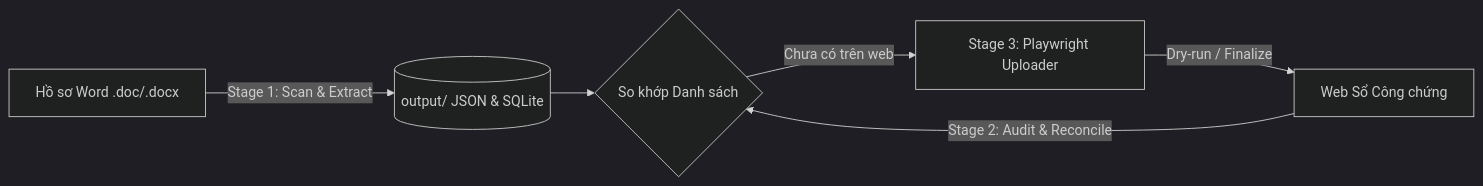
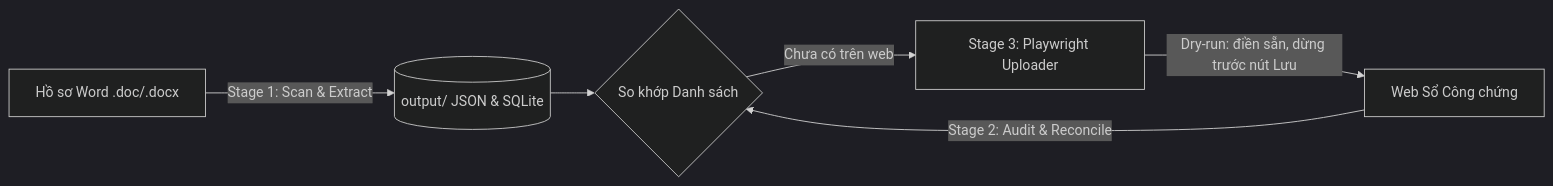
Before and after one commit to minhnhatnguyen6297-a11y/systemdocs: the diagram in upload_lab/README.md, drawn with Mermaid (dark theme). The commit also changed other lines of this file and 36 other files, not shown here.

````diff
--- a/upload_lab/README.md
+++ b/upload_lab/README.md
@@ -19,8 +19,8 @@
 ```mermaid
 flowchart LR
     A[Hồ sơ Word .doc/.docx] -->|Stage 1: Scan & Extract| B[(output/ JSON & SQLite)]
     C[Web Sổ Công chứng] -->|Stage 2: Audit & Reconcile| D{So khớp Danh sách}
     B --> D
     D -->|Chưa có trên web| E[Stage 3: Playwright Uploader]
-    E -->|Dry-run / Finalize| C
+    E -->|Dry-run: điền sẵn, dừng trước nút Lưu| C
 ```
````
